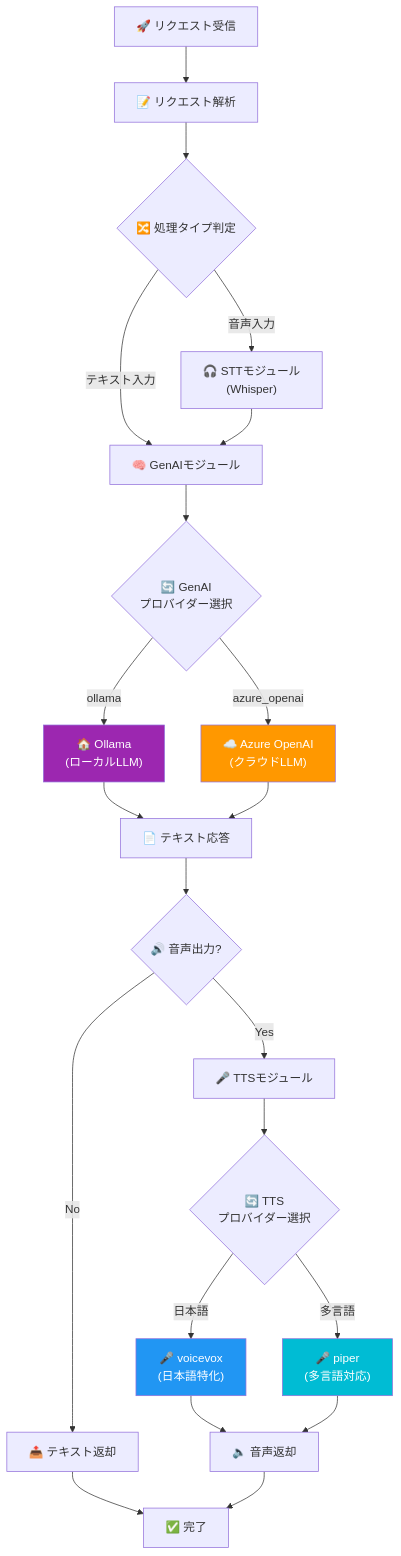
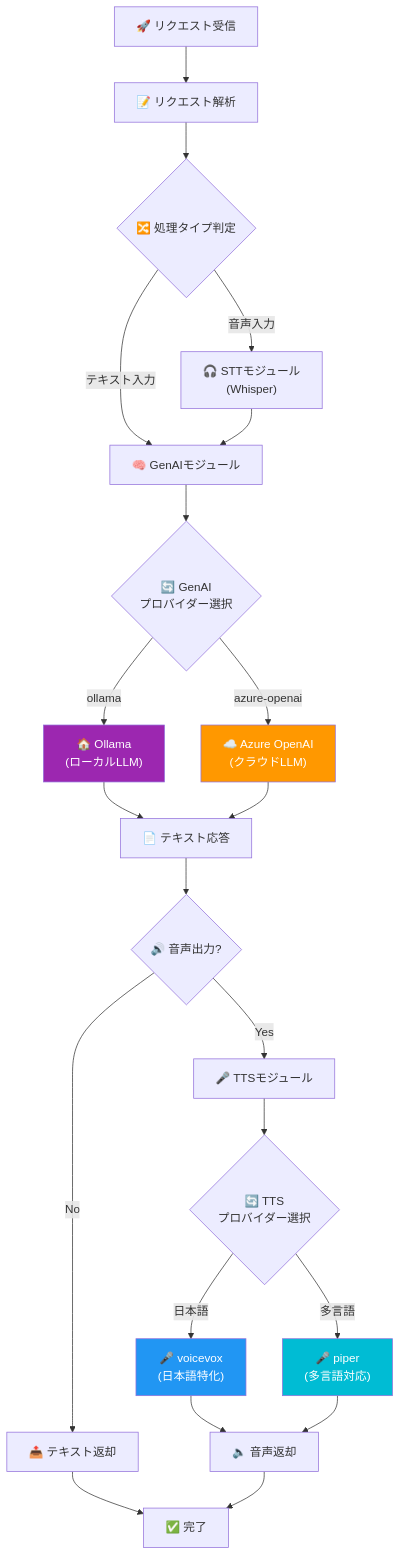
One commit to ks6088ts/template-terraform changed the fourth of 12 diagrams in infra/scenarios/azure_inclusive_ai_labs/README.md. Above: the diagram before and after it, drawn with Mermaid. The commit also changed other lines of this file and 2 other files, not shown here.

````diff
--- a/infra/scenarios/azure_inclusive_ai_labs/README.md
+++ b/infra/scenarios/azure_inclusive_ai_labs/README.md
@@ -130,36 +130,36 @@
 ```mermaid
 flowchart TD
     Start["🚀 リクエスト受信"] --> Parse["📝 リクエスト解析"]
     Parse --> Decision{"🔀 処理タイプ判定"}
 
     Decision -->|"音声入力"| STT["🎧 STTモジュール<br/>(Whisper)"]
     Decision -->|"テキスト入力"| GenAI
 
     STT --> GenAI["🧠 GenAIモジュール"]
 
     GenAI --> ProviderCheck{"🔄 GenAI<br/>プロバイダー選択"}
     ProviderCheck -->|"ollama"| Ollama["🏠 Ollama<br/>(ローカルLLM)"]
-    ProviderCheck -->|"azure_openai"| AOAI["☁️ Azure OpenAI<br/>(クラウドLLM)"]
+    ProviderCheck -->|"azure-openai"| AOAI["☁️ Azure OpenAI<br/>(クラウドLLM)"]
 
     Ollama --> Response["📄 テキスト応答"]
     AOAI --> Response
 
     Response --> TTSCheck{"🔊 音声出力?"}
     TTSCheck -->|"Yes"| TTSModule["🎤 TTSモジュール"]
     TTSCheck -->|"No"| TextOut["📤 テキスト返却"]
 
     TTSModule --> TTSProvider{"🔄 TTS<br/>プロバイダー選択"}
     TTSProvider -->|"日本語"| VV["🎤 voicevox<br/>(日本語特化)"]
     TTSProvider -->|"多言語"| Piper["🎤 piper<br/>(多言語対応)"]
 
     VV --> AudioOut["🔈 音声返却"]
     Piper --> AudioOut
 
     TextOut --> End["✅ 完了"]
     AudioOut --> End
 
     style Ollama fill:#9C27B0,color:#fff
     style AOAI fill:#FF9800,color:#fff
     style VV fill:#2196F3,color:#fff
     style Piper fill:#00BCD4,color:#fff
 ```
````
